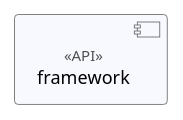
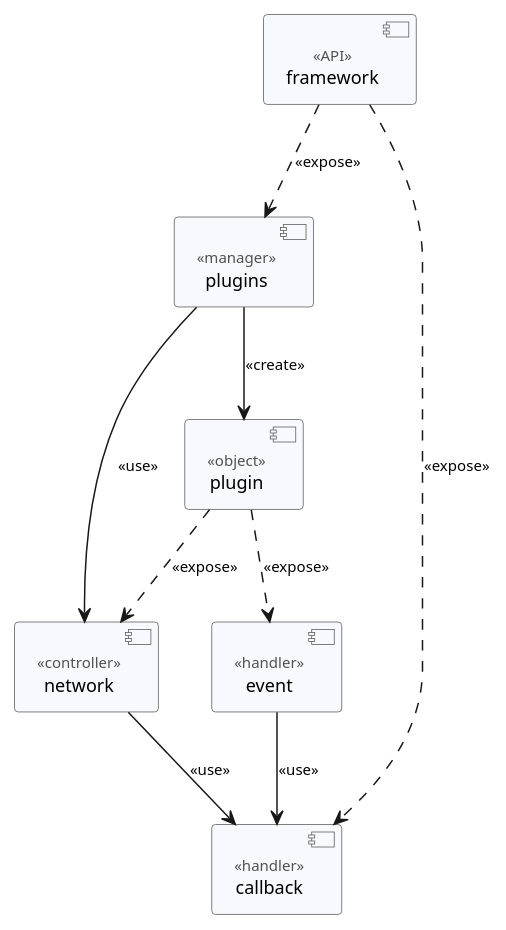
Before and after one commit to erik-riklund/wow: the diagram in Cogspinner/structure.puml, drawn with PlantUML. The commit also changed 22 other files, not shown here.

```diff
--- a/Cogspinner/structure.puml
+++ b/Cogspinner/structure.puml
@@ -1,25 +1,46 @@
 @startuml Cogspinner
 
 skinparam ClassFontSize 12pt
 skinparam ClassFontName Consolas
 skinparam ComponentBackgroundColor GhostWhite
 skinparam ComponentBorderColor #565656
 skinparam ComponentFontStyle normal
 skinparam ComponentFontSize 12pt
 skinparam ComponentFontName Consolas
 skinparam ComponentStereotypeFontName Consolas
 skinparam ComponentStereotypeFontSize 10pt
 skinparam ComponentStereotypeFontColor #515151
 skinparam InterfaceBackgroundColor Orange
 skinparam NoteFontName Franklin Gothic Medium
 skinparam NoteFontSize 12pt
 skinparam NoteFontColor black
 skinparam NoteBackgroundColor #FEFFDD
 skinparam NoteBorderColor #96968D
 skinparam ArrowFontName Consolas
 skinparam ArrowFontSize 10pt
 
 component "framework" as Framework <<API>>
+component "plugins" as Plugins <<manager>>
 
+Framework ..> Plugins : <<expose>>
+
+component "plugin" as Plugin <<object>>
+
+Plugins --> Plugin : <<create>>
+
+component "callback" as Callback <<handler>>
+
+Framework ..> Callback : <<expose>>
+
+component "network" as Network <<controller>>
+
+Plugins --> Network : <<use>>
+Network --> Callback : <<use>>
+Plugin ..> Network : <<expose>>
+
+component "event" as Event <<handler>>
+
+Event --> Callback : <<use>>
+Plugin ..> Event : <<expose>>
 
 @enduml
```
